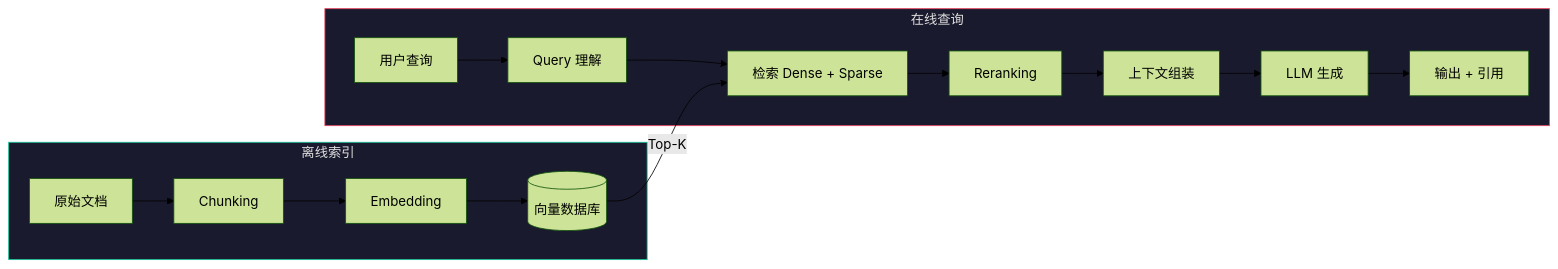
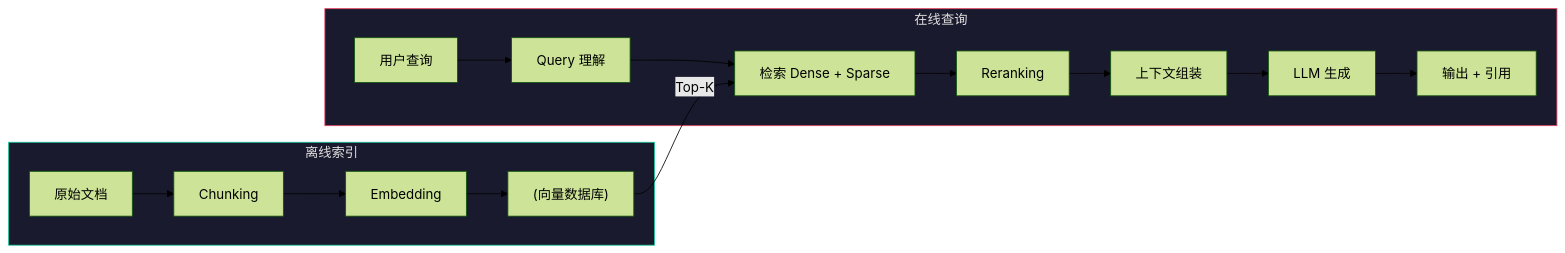
Before and after one commit to regding/java-interview-prep: the third of 8 diagrams in 31-ai-system-architecture.md, drawn with Mermaid (forest theme). The commit also changed other lines of this file and 4 other files, not shown here.

First line of the commit message:
fix: Ch27-31 mermaid 中文节点标签加引号

````diff
--- a/31-ai-system-architecture.md
+++ b/31-ai-system-architecture.md
@@ -137,19 +137,19 @@
 ```mermaid
 flowchart LR
-    subgraph 离线索引
-        A[原始文档] --> B[Chunking]
+    subgraph "离线索引"
+        A["原始文档"] --> B[Chunking]
         B --> C[Embedding]
-        C --> D[(向量数据库)]
+        C --> D["(向量数据库)"]
     end
-    subgraph 在线查询
-        E[用户查询] --> F[Query 理解]
-        F --> G[检索 Dense + Sparse]
+    subgraph "在线查询"
+        E["用户查询"] --> F["Query 理解"]
+        F --> G["检索 Dense + Sparse"]
         G --> H[Reranking]
-        H --> I[上下文组装]
-        I --> J[LLM 生成]
-        J --> K[输出 + 引用]
+        H --> I["上下文组装"]
+        I --> J["LLM 生成"]
+        J --> K["输出 + 引用"]
     end
     D -->|Top-K| G
     style 离线索引 fill:#1a1a2e,stroke:#16c79a,color:#e0e0e0
     style 在线查询 fill:#1a1a2e,stroke:#e94560,color:#e0e0e0
 ```
````
